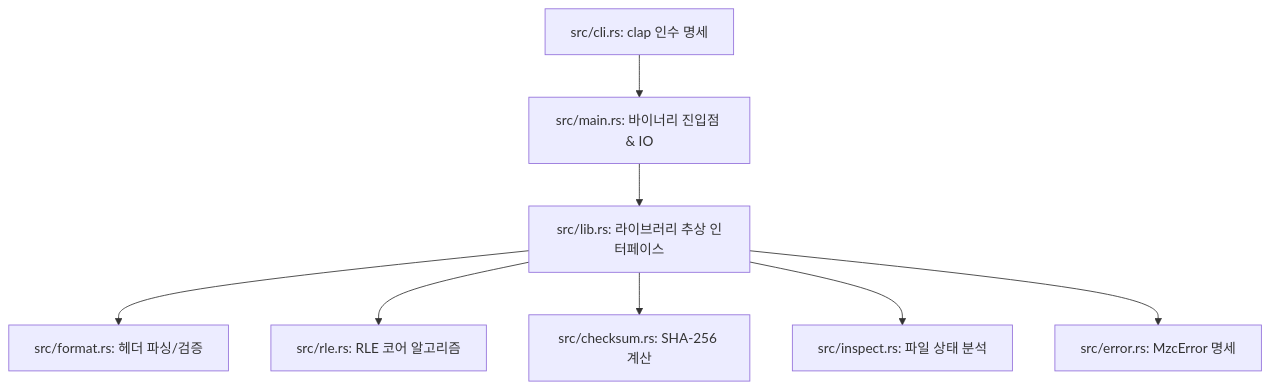
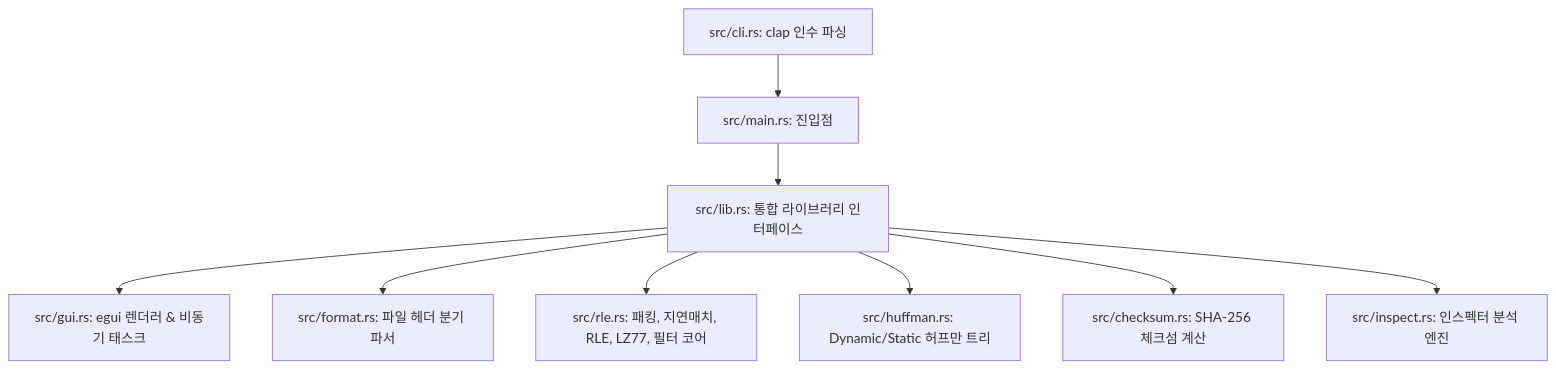
One commit to jeiel85/minimal-zip-concept changed the diagram in README.md. Above: the diagram before and after it, drawn with Mermaid. The commit also changed other lines of this file and 5 other files, not shown here.

````diff
--- a/README.md
+++ b/README.md
@@ -146,10 +98,11 @@
 ```mermaid
 graph TD
-    CLI[src/cli.rs: clap 인수 명세] --> Main[src/main.rs: 바이너리 진입점 & IO]
-    Main --> Lib[src/lib.rs: 라이브러리 추상 인터페이스]
-    Lib --> Format[src/format.rs: 헤더 파싱/검증]
-    Lib --> Rle[src/rle.rs: RLE 코어 알고리즘]
-    Lib --> Checksum[src/checksum.rs: SHA-256 계산]
-    Lib --> Inspect[src/inspect.rs: 파일 상태 분석]
-    Lib --> Error[src/error.rs: MzcError 명세]
+    CLI[src/cli.rs: clap 인수 파싱] --> Main[src/main.rs: 진입점]
+    Main --> Lib[src/lib.rs: 통합 라이브러리 인터페이스]
+    Lib --> GUI[src/gui.rs: egui 렌더러 & 비동기 태스크]
+    Lib --> Format[src/format.rs: 파일 헤더 분기 파서]
+    Lib --> Rle[src/rle.rs: 패킹, 지연매치, RLE, LZ77, 필터 코어]
+    Lib --> Huffman[src/huffman.rs: Dynamic/Static 허프만 트리]
+    Lib --> Checksum[src/checksum.rs: SHA-256 체크섬 계산]
+    Lib --> Inspect[src/inspect.rs: 인스펙터 분석 엔진]
 ```
````
